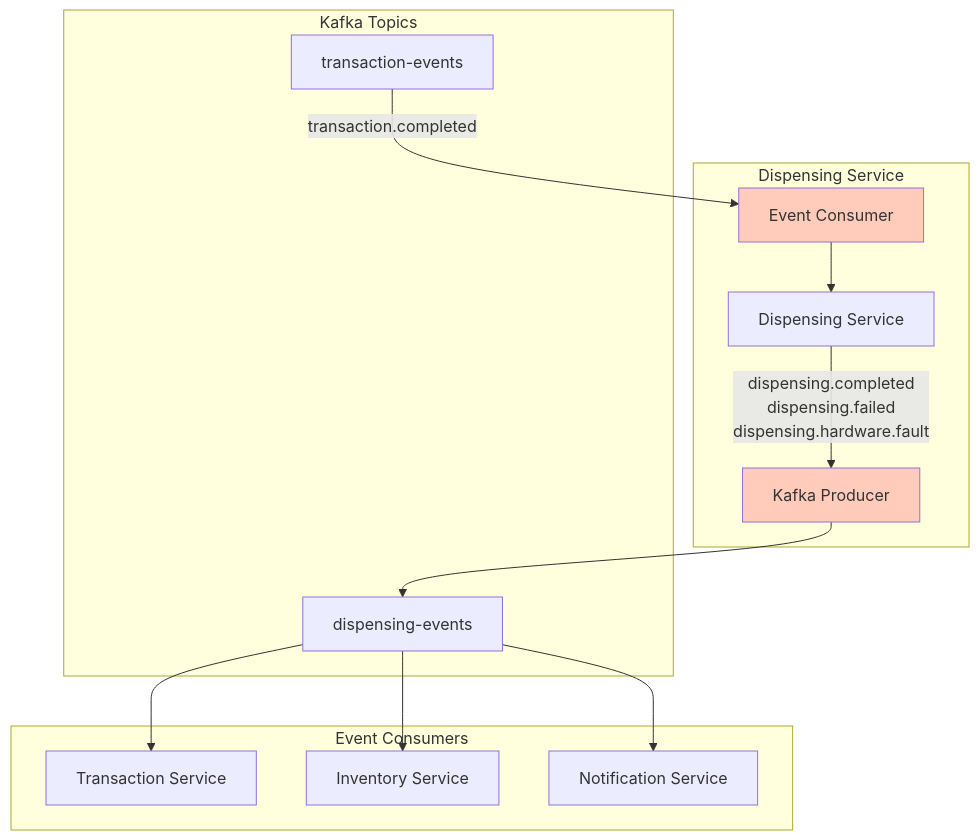
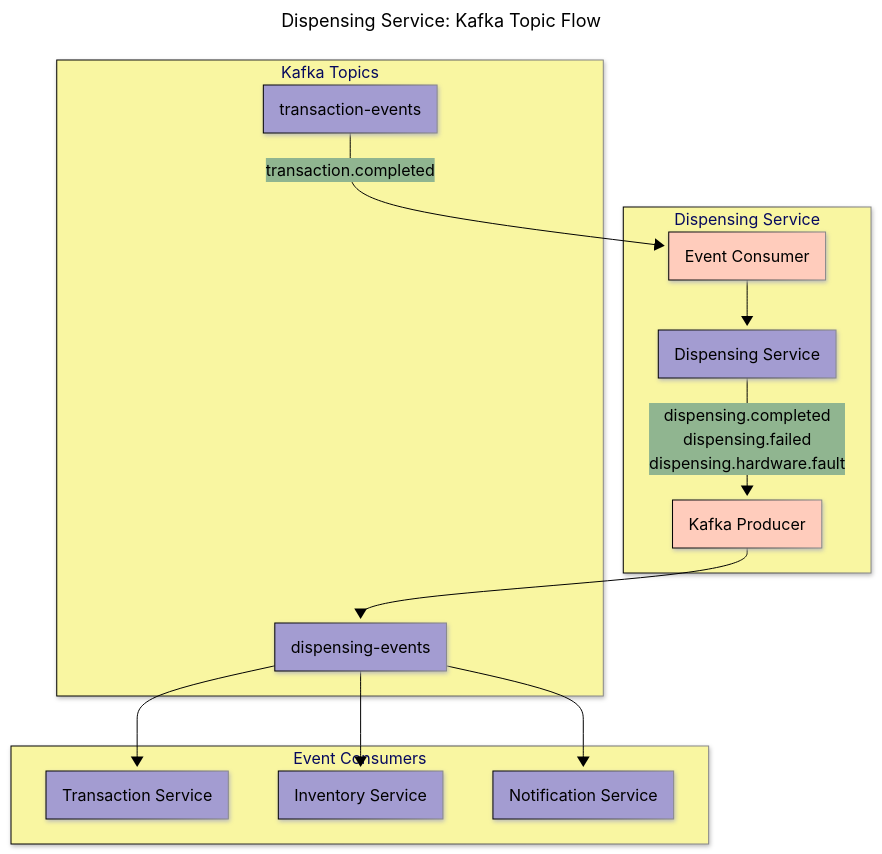
The fifth of 8 diagrams in Documentation/diagrams/dispensing-service.md (BrunoGil-AS/Vending-Machine-Microservices), drawn with Mermaid before and after one commit. The commit also changed other lines of this file and 7 other files, not shown here.

Commit message:
docs: Update service diagrams with new configurations and titles

````diff
--- a/Documentation/diagrams/dispensing-service.md
+++ b/Documentation/diagrams/dispensing-service.md
@@ -206,32 +262,46 @@
 ```mermaid
+---
+config:
+  theme: base
+  themeVariables:
+    primaryColor: '#a39cd1ff'
+    primaryTextColor: '#000000'
+    secondaryTextColor: '#ffffffff'
+    primaryBorderColor: '#000000'
+    lineColor: '#000000ff'
+    secondaryColor: '#90b590ff'
+    tertiaryColor: '#f9f6a1ff'
+  look: neo
+title: 'Dispensing Service: Kafka Topic Flow'
+---
 graph TB
     subgraph "Dispensing Service"
         DISP_SERVICE[Dispensing Service]
         KAFKA_PRODUCER[Kafka Producer]
         KAFKA_CONSUMER[Event Consumer]
     end
 
     subgraph "Kafka Topics"
         TRANS_TOPIC[transaction-events]
         DISP_TOPIC[dispensing-events]
     end
 
     subgraph "Event Consumers"
         TRANSACTION_SVC[Transaction Service]
         INVENTORY_SVC[Inventory Service]
         NOTIFICATION_SVC[Notification Service]
     end
 
     TRANS_TOPIC -->|transaction.completed| KAFKA_CONSUMER
     KAFKA_CONSUMER --> DISP_SERVICE
 
     DISP_SERVICE -->|dispensing.completed<br/>dispensing.failed<br/>dispensing.hardware.fault| KAFKA_PRODUCER
     KAFKA_PRODUCER --> DISP_TOPIC
 
     DISP_TOPIC --> TRANSACTION_SVC
     DISP_TOPIC --> INVENTORY_SVC
     DISP_TOPIC --> NOTIFICATION_SVC
 
     style KAFKA_PRODUCER fill:#ffccbc
     style KAFKA_CONSUMER fill:#ffccbc
 ```
````
